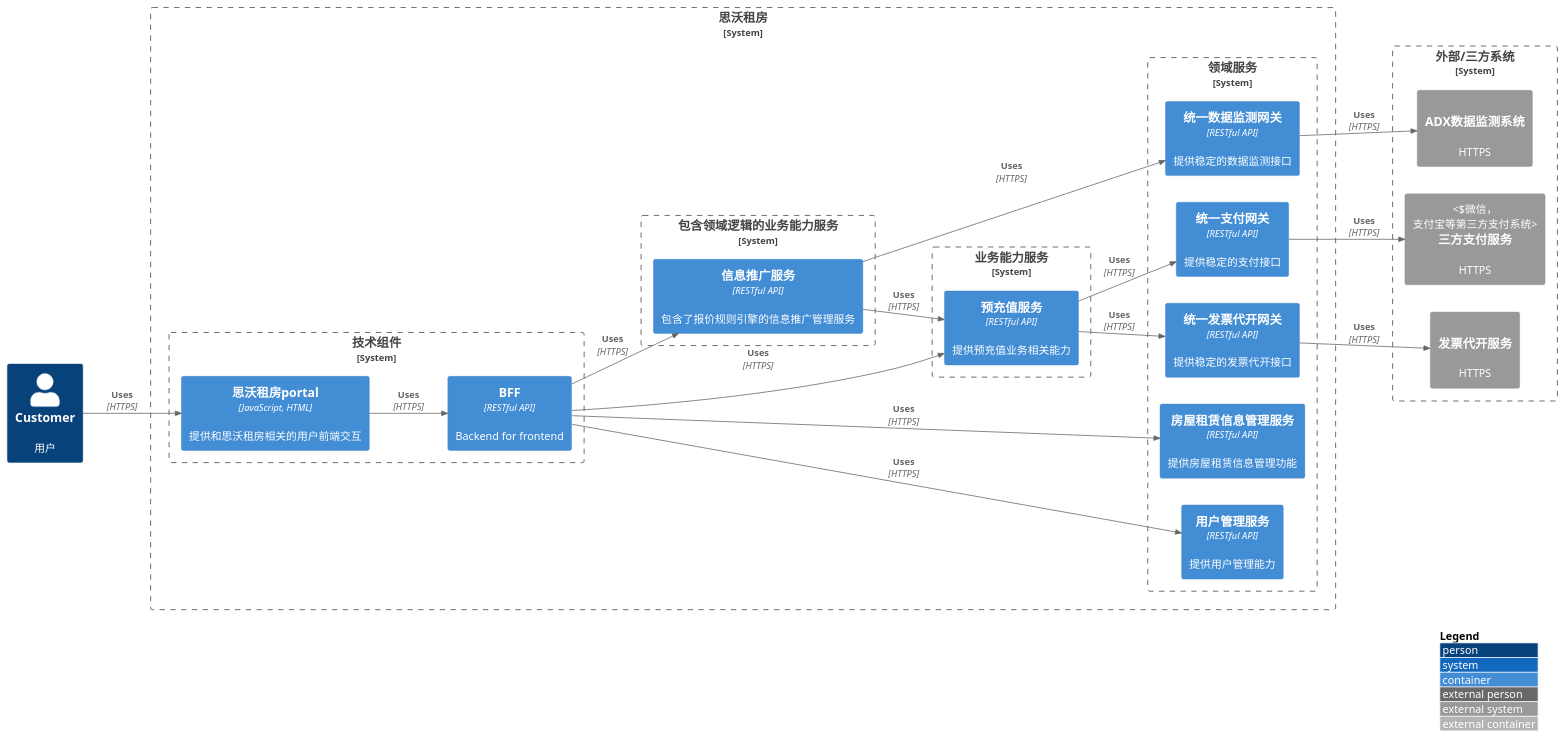
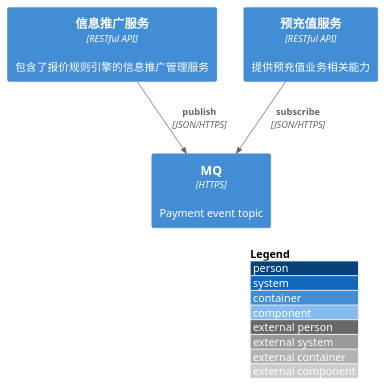
Before and after one commit to 5macro/C4-PlantUML: the diagram in workspace/dark-horse/classwork/C4_Container Partial Diagram.puml, drawn with PlantUML. The commit also changed 2 other files, not shown here.

Commit message:
revise the diagrams.

```diff
--- a/workspace/dark-horse/classwork/C4_Container Partial Diagram.puml
+++ b/workspace/dark-horse/classwork/C4_Container Partial Diagram.puml
@@ -1,57 +1,20 @@
 @startuml
-!include https://raw.githubusercontent.com/plantuml-stdlib/C4-PlantUML/master/C4_Container.puml
+!include https://raw.githubusercontent.com/plantuml-stdlib/C4-PlantUML/master/C4_Component.puml
 ' uncomment the following line and comment the first to use locally
-' !include C4_Container.puml
+' !include C4_Component.puml
 
-LAYOUT_LEFT_RIGHT()
 LAYOUT_WITH_LEGEND()
 
-Person(customer, Customer, "用户")
+'Container(bff, "BFF", "RESTful API", "Backend for frontend")
+Container(information_promotion_service, "信息推广服务", "RESTful API", "包含了报价规则引擎的信息推广管理服务")
+Container(payment_mq, "MQ", "HTTPS", "Payment event topic")
+'ContainerDb(db, "Database", "Postgresql", "存储所有的信息推广记录")
+'Container(unified_data_monitoringing_gateway, "统一数据监测网关", "RESTful API", "提供稳定的数据监测接口")
+Container(pre_charge_service, "预充值服务", "RESTful API", "提供预充值业务相关能力")
 
-System_Boundary(siwo_rental_platform, "思沃租房") {
-    System_Boundary(technology_components, "技术组件") {
-        Container(siwo_rentals_portal, "思沃租房portal", "JavaScript, HTML", "提供和思沃租房相关的用户前端交互")
-        Container(bff, "BFF", "RESTful API", "Backend for frontend")
-    }
-
-    System_Boundary(business_svc, "业务能力服务") {
-        Container(pre_charge_service, "预充值服务", "RESTful API", "提供预充值业务相关能力")
-    }
-
-    System_Boundary(domain_svc, "领域服务") {
-        Container(user_management_service, "用户管理服务", "RESTful API", "提供用户管理能力")
-        Container(rental_information_management_service, "房屋租赁信息管理服务", "RESTful API", "提供房屋租赁信息管理功能")
-        Container(unified_payment_gateway, "统一支付网关", "RESTful API", "提供稳定的支付接口")
-        Container(unified_invoice_gateway, "统一发票代开网关", "RESTful API", "提供稳定的发票代开接口")
-        Container(unified_data_monitoring_gateway, "统一数据监测网关", "RESTful API", "提供稳定的数据监测接口")
-    }
-
-    System_Boundary(business_svc_with_domain, "包含领域逻辑的业务能力服务") {
-        Container(information_promotion_service, "信息推广服务", "RESTful API", "包含了报价规则引擎的信息推广管理服务")
-    }
-}
-
-System_Boundary(3rd_party_system, "外部/三方系统") {
-    System_Ext(three_party_payment_service, "三方支付服务", "HTTPS", "微信，支付宝等第三方支付系统")
-    System_Ext(invoice_service, "发票代开服务", "HTTPS", "提供发票代开的三方服务")
-    System_Ext(adx_data_monitoring_system, "ADX数据监测系统", "HTTPS", "提供数据监测服务")
-}
-
-Rel(customer, siwo_rentals_portal, "Uses", "HTTPS")
-
-Rel(siwo_rentals_portal, bff, "Uses", "HTTPS")
-Rel(bff, user_management_service, "Uses", "HTTPS")
-Rel(bff, rental_information_management_service, "Uses", "HTTPS")
-Rel(bff, information_promotion_service, "Uses", "HTTPS")
-Rel(bff, pre_charge_service, "Uses", "HTTPS")
-
-Rel(information_promotion_service, unified_data_monitoring_gateway, "Uses", "HTTPS")
-Rel(unified_data_monitoring_gateway, adx_data_monitoring_system, "Uses", "HTTPS")
-Rel(information_promotion_service, pre_charge_service, "Uses", "HTTPS")
-
-Rel(pre_charge_service, unified_payment_gateway, "Uses", "HTTPS")
-Rel(unified_payment_gateway, three_party_payment_service, "Uses", "HTTPS")
-Rel(pre_charge_service, unified_invoice_gateway, "Uses", "HTTPS")
-Rel(unified_invoice_gateway, invoice_service, "Uses", "HTTPS")
-
+'Rel(bff, information_promotion_service, "Uses", "JSON/HTTPS")
+'Rel(information_promotion_service, db, "sync read/write to")
+'Rel(information_promotion_service, unified_data_monitoringing_gateway, "Uses")
+Rel(information_promotion_service, payment_mq, "publish", "JSON/HTTPS")
+Rel(pre_charge_service, payment_mq, "subscribe", "JSON/HTTPS")
 @enduml
```
